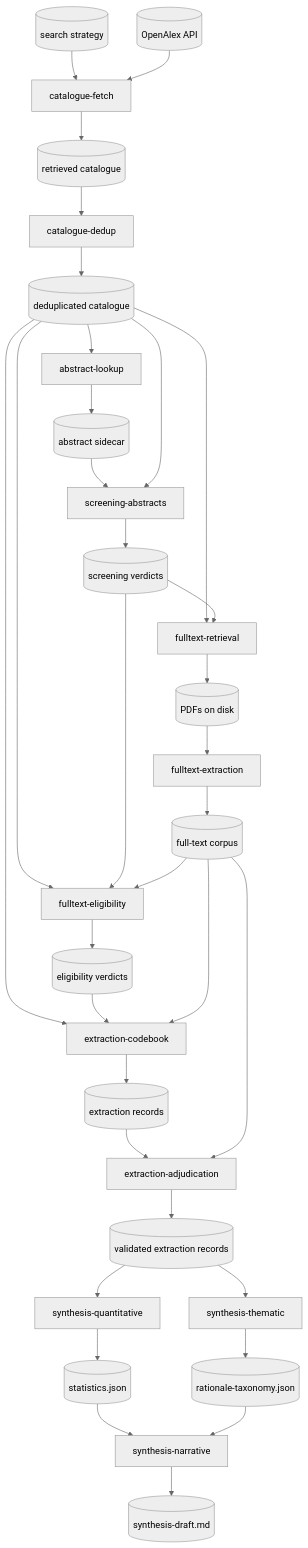
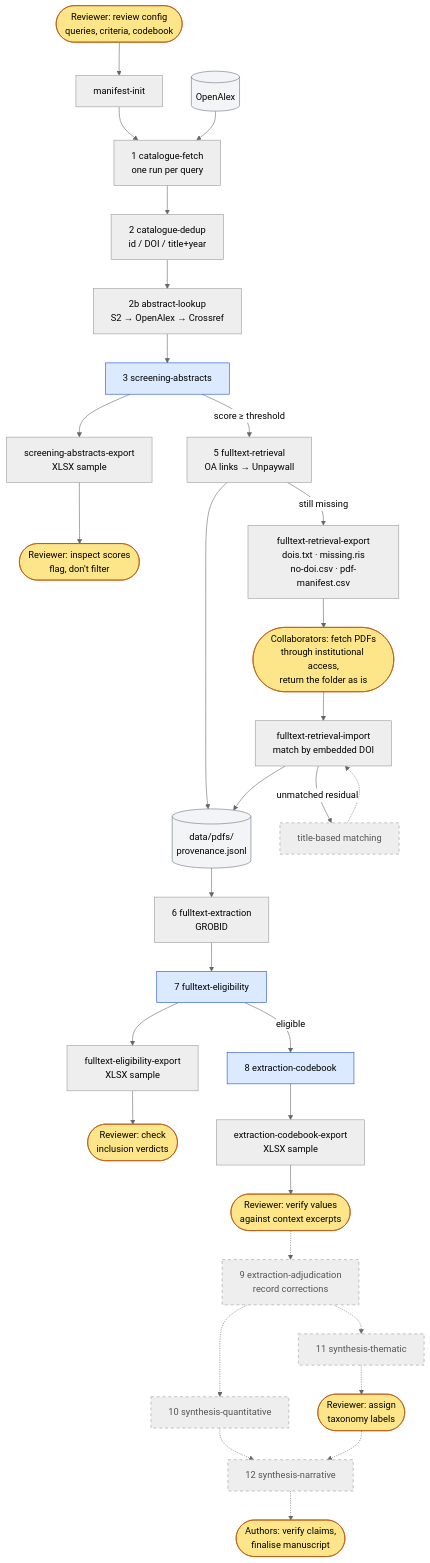
One commit to geomar-od-lagrange/2026_laglitsynth changed the diagram in docs/pipeline.md. Above: the diagram before and after it, drawn with Mermaid (neutral theme). The commit also changed other lines of this file, not shown here.

Commit message:
Pipeline flowchart: human steps, LLM stages, handoff loop (#24)
Replace the data-store graph with one that shows where humans act
(config, XLSX spot-checks, collaborator PDF handoff, taxonomy,
author review), which stages run a local LLM, and which stages are
designed but not implemented (dashed). Adds manifest-init and the
export/import loop; the unmatched-import residual routes to the
planned title-based matching, not to a person.

````diff
--- a/docs/pipeline.md
+++ b/docs/pipeline.md
@@ -244,64 +249,45 @@
 ```mermaid
-graph TD
-    KW[(search strategy)]
-    OA[(OpenAlex API)]
-    RCAT[(retrieved catalogue)]
-    DCAT[(deduplicated catalogue)]
-    ABS[(abstract sidecar)]
-    SVERD[(screening verdicts)]
-    EVERD[(eligibility verdicts)]
-    PDFS[(PDFs on disk)]
-    FTC[(full-text corpus)]
-    EXT[(extraction records)]
-    EXTV[(validated extraction records)]
-    STAT[(statistics.json)]
-    TAX[(rationale-taxonomy.json)]
-    SYN[(synthesis-draft.md)]
+flowchart TD
+    classDef human fill:#fde68a,stroke:#b45309,color:#000
+    classDef llm fill:#dbeafe,stroke:#1d4ed8,color:#000
+    classDef store fill:#f3f4f6,stroke:#6b7280,color:#000
+    classDef planned stroke-dasharray: 5 5,color:#555
 
-    FETCH[catalogue-fetch]
-    DEDUP[catalogue-dedup]
-    ALOOKUP[abstract-lookup]
-    SCREEN[screening-abstracts]
-    RETRIEVE[fulltext-retrieval]
-    GROBID[fulltext-extraction]
-    ELIG[fulltext-eligibility]
-    EXTRACT[extraction-codebook]
-    ADJUD2[extraction-adjudication]
-    QSYNTH[synthesis-quantitative]
-    TSYNTH[synthesis-thematic]
-    NARR[synthesis-narrative]
+    H0([Reviewer: review config<br/>queries, criteria, codebook]):::human
+    H0 --> INIT[manifest-init]
+    INIT --> FETCH
+    OA[(OpenAlex)]:::store --> FETCH
 
-    KW --> FETCH
-    OA --> FETCH
-    FETCH --> RCAT
-    RCAT --> DEDUP
-    DEDUP --> DCAT
-    DCAT --> ALOOKUP
-    ALOOKUP --> ABS
-    ABS --> SCREEN
-    DCAT --> SCREEN
-    SCREEN --> SVERD
-    DCAT --> RETRIEVE
-    SVERD --> RETRIEVE
-    RETRIEVE --> PDFS
-    PDFS --> GROBID
-    GROBID --> FTC
-    DCAT --> ELIG
-    SVERD --> ELIG
-    FTC --> ELIG
-    ELIG --> EVERD
-    DCAT --> EXTRACT
-    EVERD --> EXTRACT
-    FTC --> EXTRACT
-    EXTRACT --> EXT
-    EXT --> ADJUD2
-    FTC --> ADJUD2
-    ADJUD2 --> EXTV
-    EXTV --> QSYNTH
-    EXTV --> TSYNTH
-    QSYNTH --> STAT
-    TSYNTH --> TAX
-    STAT --> NARR
-    TAX --> NARR
-    NARR --> SYN
+    FETCH[1 catalogue-fetch<br/>one run per query]
+    FETCH --> DEDUP[2 catalogue-dedup<br/>id / DOI / title+year]
+    DEDUP --> ALOOK[2b abstract-lookup<br/>S2 → OpenAlex → Crossref]
+    ALOOK --> SCREEN[3 screening-abstracts]:::llm
+    SCREEN --> SX[screening-abstracts-export<br/>XLSX sample]
+    SX --> H3([Reviewer: inspect scores<br/>flag, don't filter]):::human
+
+    SCREEN -->|score ≥ threshold| RETR[5 fulltext-retrieval<br/>OA links → Unpaywall]
+    RETR --> PDFS[(data/pdfs/<br/>provenance.jsonl)]:::store
+    RETR -->|still missing| EXPORT[fulltext-retrieval-export<br/>dois.txt · missing.ris<br/>no-doi.csv · pdf-manifest.csv]
+    EXPORT --> H5([Collaborators: fetch PDFs<br/>through institutional access,<br/>return the folder as is]):::human
+    H5 --> IMPORT[fulltext-retrieval-import<br/>match by embedded DOI]
+    IMPORT --> PDFS
+    IMPORT -->|unmatched residual| TM[title-based matching]:::planned
+    TM -.-> IMPORT
+
+    PDFS --> GROBID[6 fulltext-extraction<br/>GROBID]
+    GROBID --> ELIG[7 fulltext-eligibility]:::llm
+    ELIG --> EX[fulltext-eligibility-export<br/>XLSX sample]
+    EX --> H7([Reviewer: check<br/>inclusion verdicts]):::human
+
+    ELIG -->|eligible| CODE[8 extraction-codebook]:::llm
+    CODE --> CX[extraction-codebook-export<br/>XLSX sample]
+    CX --> H8([Reviewer: verify values<br/>against context excerpts]):::human
+
+    H8 -.-> ADJ[9 extraction-adjudication<br/>record corrections]:::planned
+    ADJ -.-> QS[10 synthesis-quantitative]:::planned
+    ADJ -.-> TS[11 synthesis-thematic]:::planned
+    TS -.-> H11([Reviewer: assign<br/>taxonomy labels]):::human
+    QS -.-> NARR[12 synthesis-narrative]:::planned
+    H11 -.-> NARR
+    NARR -.-> H12([Authors: verify claims,<br/>finalise manuscript]):::human
 ```
````
